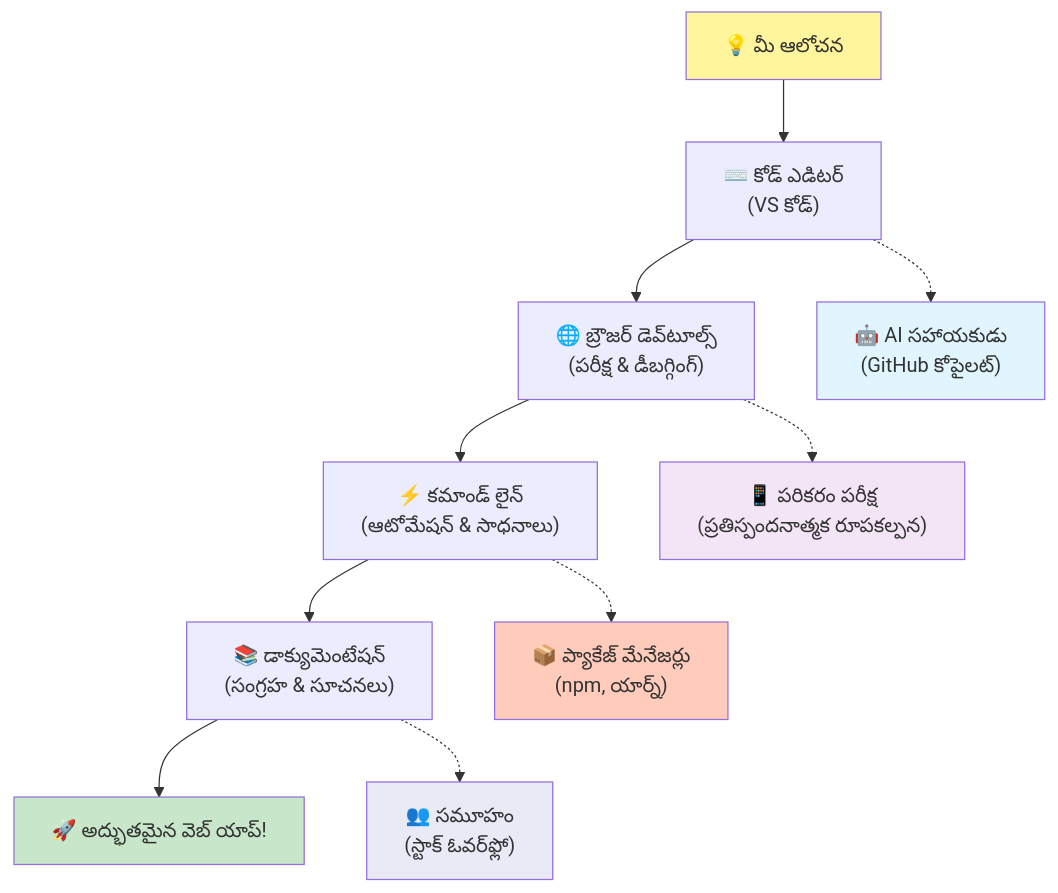
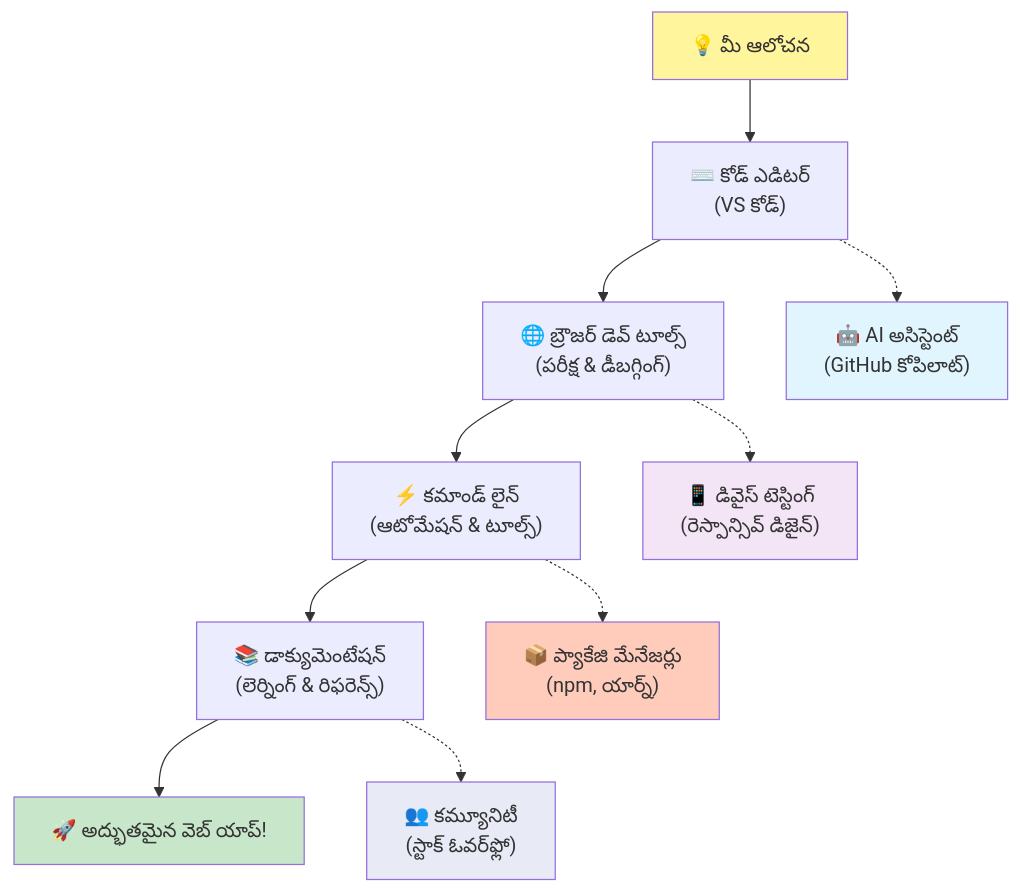
The fifth of 7 diagrams in translations/te/1-getting-started-lessons/1-intro-to-programming-languages/README.md (microsoft/Web-Dev-For-Beginners), drawn with Mermaid before and after one commit. The commit also changed other lines of this file and 8 other files, not shown here.

````diff
--- a/translations/te/1-getting-started-lessons/1-intro-to-programming-languages/README.md
+++ b/translations/te/1-getting-started-lessons/1-intro-to-programming-languages/README.md
@@ -486,20 +488,20 @@
 ```mermaid
 graph TD
     A["💡 మీ ఆలోచన"] --> B["⌨️ కోడ్ ఎడిటర్<br/>(VS కోడ్)"] 
-    B --> C["🌐 బ్రౌజర్ డెవ్‌టూల్స్<br/>(పరీక్ష & డీబగ్గింగ్)"]
-    C --> D["⚡ కమాండ్ లైన్<br/>(ఆటోమేషన్ & సాధనాలు)"]
-    D --> E["📚 డాక్యుమెంటేషన్<br/>(సంగ్రహ & సూచనలు)"]
+    B --> C["🌐 బ్రౌజర్ డెవ్ టూల్స్<br/>(పరీక్ష & డీబగ్గింగ్)"]
+    C --> D["⚡ కమాండ్ లైన్<br/>(ఆటోమేషన్ & టూల్స్)"]
+    D --> E["📚 డాక్యుమెంటేషన్<br/>(లెర్నింగ్ & రిఫరెన్స్)"]
     E --> F["🚀 అద్భుతమైన వెబ్ యాప్!"]
     
-    B -.-> G["🤖 AI సహాయకుడు<br/>(GitHub కోపైలట్)"]
-    C -.-> H["📱 పరికరం పరీక్ష<br/>(ప్రతిస్పందనాత్మక రూపకల్పన)"]
-    D -.-> I["📦 ప్యాకేజ్ మేనేజర్లు<br/>(npm, యార్న్)"]
-    E -.-> J["👥 సమూహం<br/>(స్టాక్ ఓవర్‌ఫ్లో)"]
+    B -.-> G["🤖 AI అసిస్టెంట్<br/>(GitHub కోపిలాట్)"]
+    C -.-> H["📱 డివైస్ టెస్టింగ్<br/>(రెస్పాన్సివ్ డిజైన్)"]
+    D -.-> I["📦 ప్యాకేజి మేనేజర్లు<br/>(npm, యార్న్)"]
+    E -.-> J["👥 కమ్యూనిటీ<br/>(స్టాక్ ఓవర్‌ఫ్లో)"]
     
     style A fill:#fff59d
     style F fill:#c8e6c9
     style G fill:#e1f5fe
     style H fill:#f3e5f5
     style I fill:#ffccbc
     style J fill:#e8eaf6
 ```  
````
